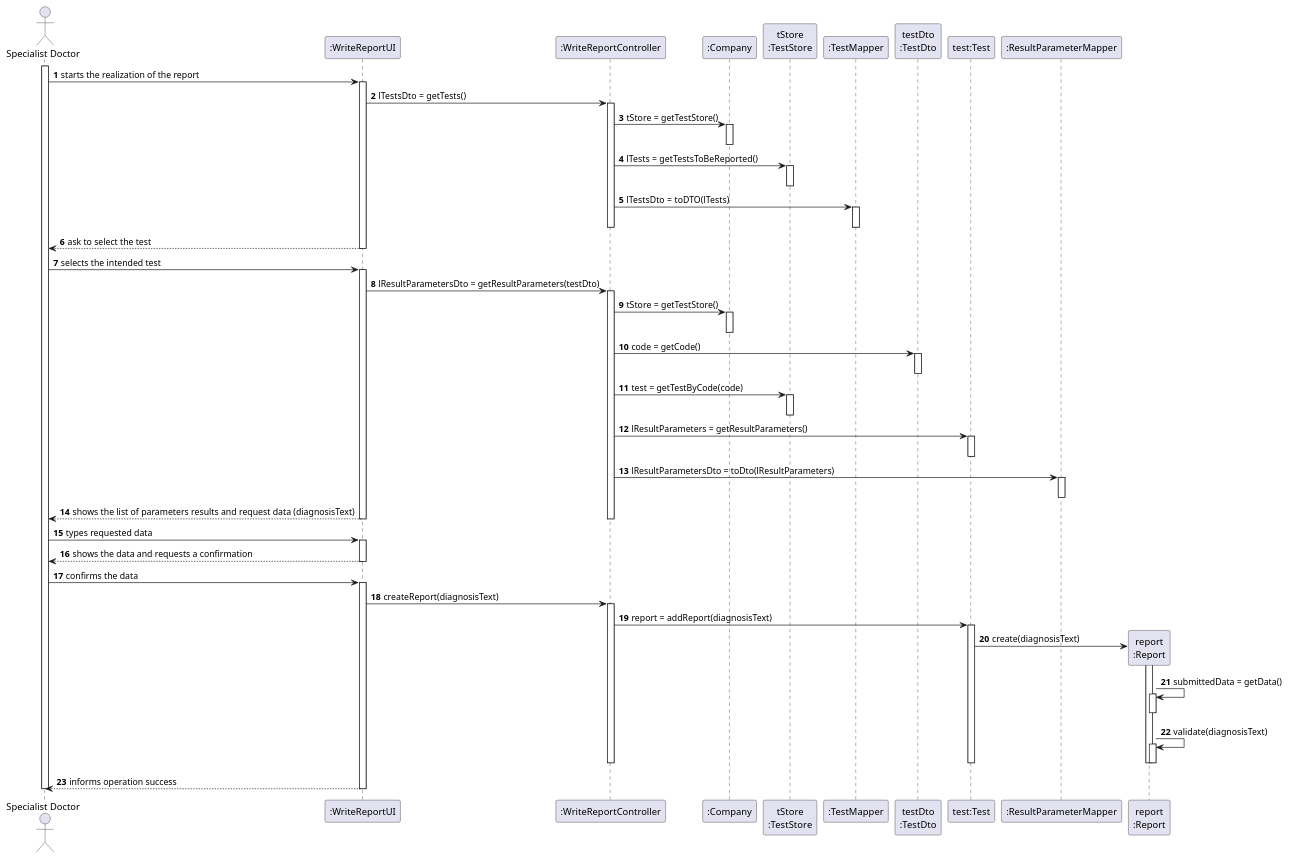
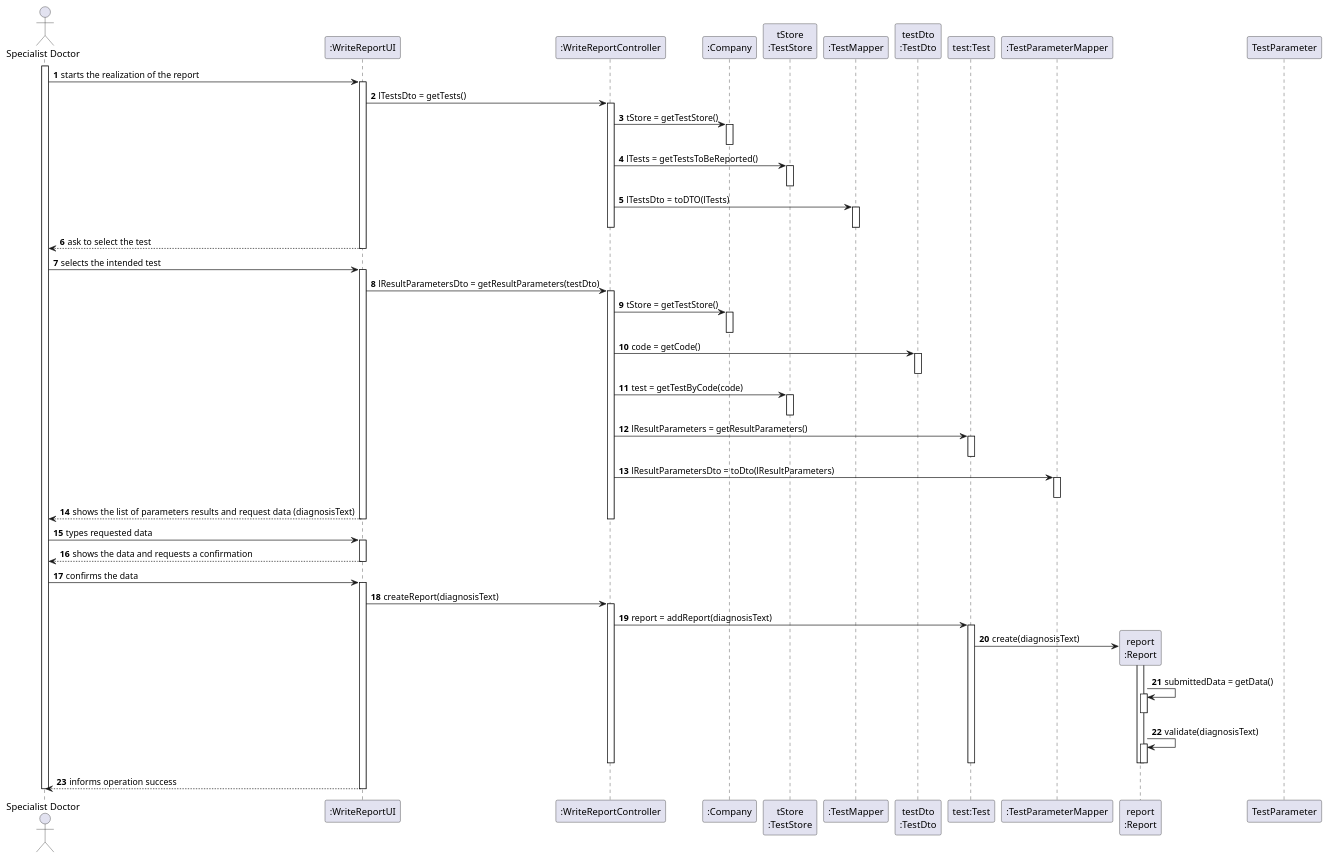
The diagram in docs/SprintC/US14_MakeDiagnosisWriteReport/US014_SD.puml (Pedromaia26/LAPR2-ISEP), drawn with PlantUML before and after one commit. The commit also changed 27 other files, not shown here.

```diff
--- a/docs/SprintC/US14_MakeDiagnosisWriteReport/US014_SD.puml
+++ b/docs/SprintC/US14_MakeDiagnosisWriteReport/US014_SD.puml
@@ -1,79 +1,80 @@
 @startuml
 actor "Specialist Doctor" as SD
 participant ":WriteReportUI" as Interface
 participant ":WriteReportController" as Controller
 participant ":Company" as Company
 participant "tStore\n:TestStore" as tStore
 participant ":TestMapper" as TestMapper
 participant "testDto\n:TestDto" as TestDto
 participant "test:Test" as Test
-participant ":ResultParameterMapper" as RLmapper
+participant ":TestParameterMapper" as RLmapper
 participant "report\n:Report" as Report
+participant "TestParameter" as TestParameter
 
 autonumber
 activate SD
 SD -> Interface: starts the realization of the report
 activate Interface
 Interface -> Controller: lTestsDto = getTests()
 activate Controller
 Controller -> Company: tStore = getTestStore()
 activate Company
 deactivate Company
 Controller -> tStore: lTests = getTestsToBeReported()
 activate tStore
 deactivate tStore
 Controller -> TestMapper: lTestsDto = toDTO(lTests)
 activate TestMapper
 deactivate TestMapper
 deactivate Controller
 Interface --> SD: ask to select the test
 deactivate Interface
 SD -> Interface: selects the intended test
 activate Interface
 Interface -> Controller: lResultParametersDto = getResultParameters(testDto)
 activate Controller
 Controller -> Company: tStore = getTestStore()
 activate Company
 deactivate Company
 Controller -> TestDto: code = getCode()
 activate TestDto
 deactivate TestDto
 Controller -> tStore: test = getTestByCode(code)
 activate tStore
 deactivate tStore
 Controller -> Test: lResultParameters = getResultParameters()
 activate Test
 deactivate Test
 Controller -> RLmapper: lResultParametersDto = toDto(lResultParameters)
 activate RLmapper
 deactivate RLmapper
 Interface --> SD: shows the list of parameters results and request data (diagnosisText)
 deactivate Controller
 deactivate Interface
 SD -> Interface: types requested data
 activate Interface
 Interface --> SD: shows the data and requests a confirmation
 deactivate Interface
 SD -> Interface: confirms the data
 activate Interface
 Interface -> Controller: createReport(diagnosisText)
 activate Controller
 Controller -> Test: report = addReport(diagnosisText)
 activate Test
 Test -> Report**: create(diagnosisText)
 activate Report
 Report -> Report: submittedData = getData()
 activate Report
 deactivate Report
 Report -> Report: validate(diagnosisText)
 activate Report
 deactivate Report
 deactivate Report
 deactivate Test
 deactivate Controller
 Interface --> SD: informs operation success
 deactivate Interface
 deactivate SD
 
 
 @enduml
```
